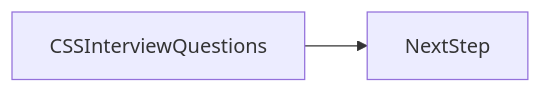
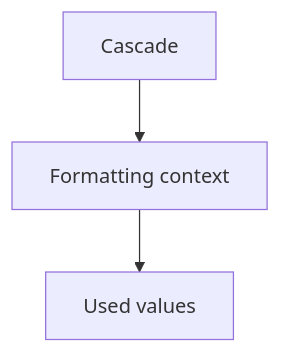
The second of 3 diagrams in docs/en/24-interview-preparation/css-interview-questions/index.md (OmidJavaherii/Frontend-Engineering-Handbook), drawn with Mermaid before and after one commit. The commit also changed other lines of this file and 461 other files, not shown here.

````diff
--- a/docs/en/24-interview-preparation/css-interview-questions/index.md
+++ b/docs/en/24-interview-preparation/css-interview-questions/index.md
@@ -95,4 +121,5 @@
 ```mermaid
-flowchart LR
-  concept[CSSInterviewQuestions] --> nextStep[NextStep]
+flowchart TD
+  n0[Cascade] --> n1[Formatting context]
+  n1[Formatting context] --> n2[Used values]
 ```
````
